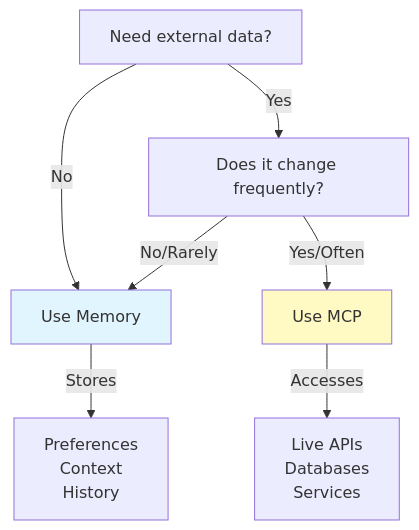
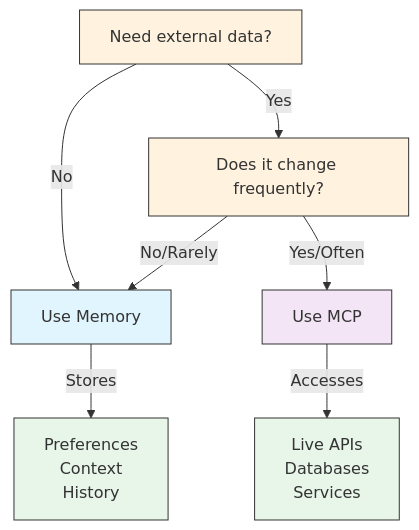
One commit to omnimasudo/croft-howto changed the fourth of 5 diagrams in 05-mcp/README.md. Above: the diagram before and after it, drawn with Mermaid. The commit also changed other lines of this file and 25 other files, not shown here.

````diff
--- a/05-mcp/README.md
+++ b/05-mcp/README.md
@@ -409,14 +497,18 @@
 ```mermaid
 graph TD
     A["Need external data?"]
     A -->|No| B["Use Memory"]
     A -->|Yes| C["Does it change frequently?"]
     C -->|No/Rarely| B
     C -->|Yes/Often| D["Use MCP"]
 
     B -->|Stores| E["Preferences<br/>Context<br/>History"]
     D -->|Accesses| F["Live APIs<br/>Databases<br/>Services"]
 
-    style B fill:#e1f5ff
-    style D fill:#fff9c4
+    style A fill:#fff3e0,stroke:#333,color:#333
+    style B fill:#e1f5fe,stroke:#333,color:#333
+    style C fill:#fff3e0,stroke:#333,color:#333
+    style D fill:#f3e5f5,stroke:#333,color:#333
+    style E fill:#e8f5e9,stroke:#333,color:#333
+    style F fill:#e8f5e9,stroke:#333,color:#333
 ```
````
